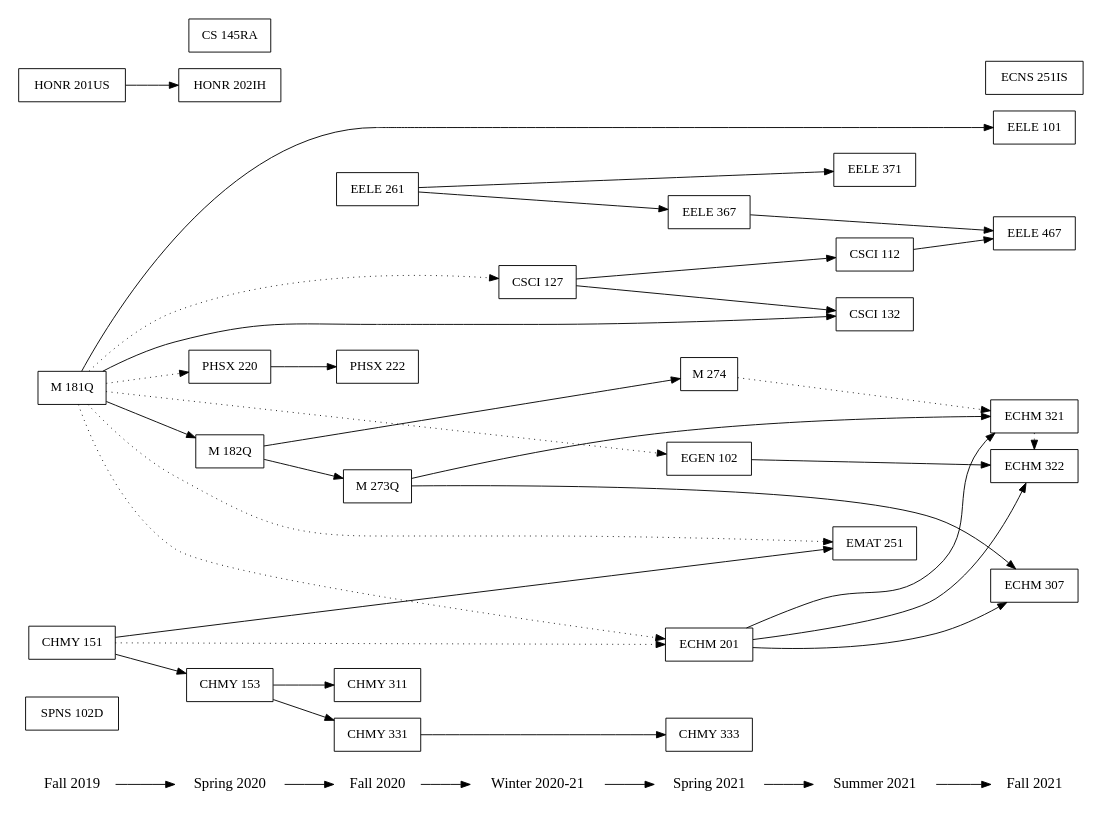
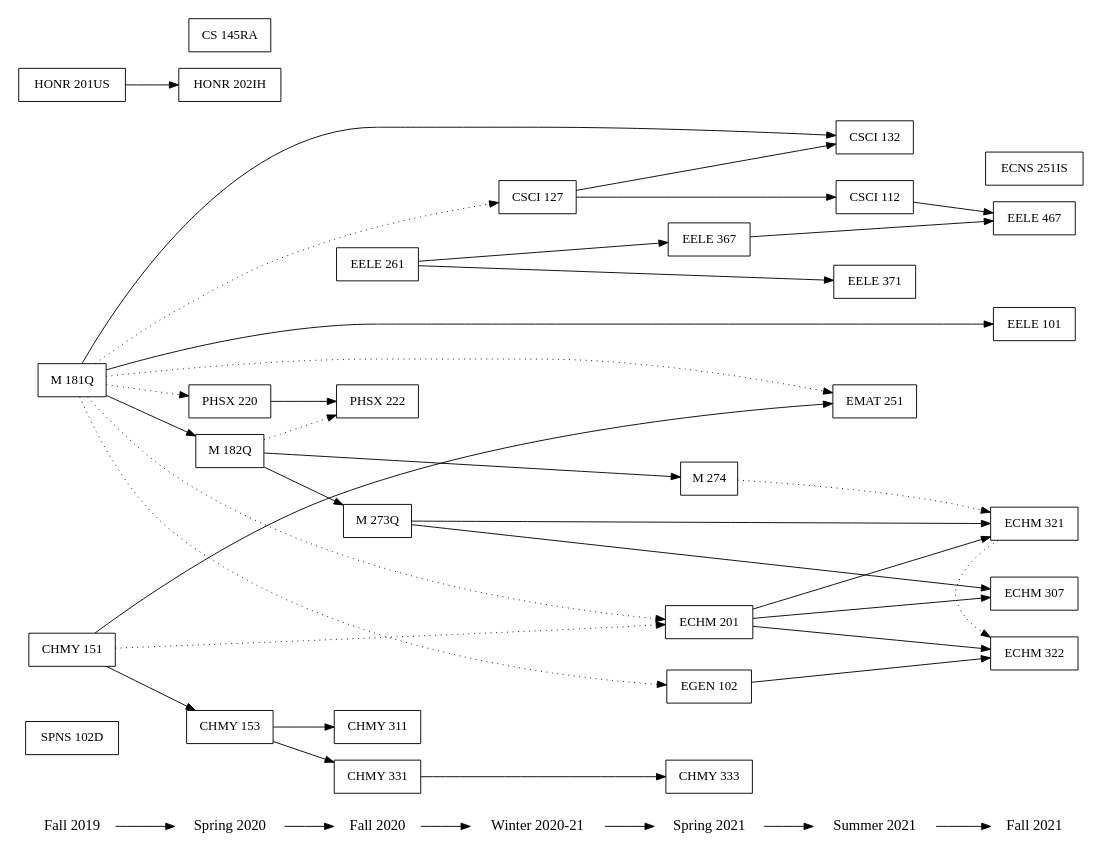
One commit to w-culhane/courses-flowchart changed the diagram in graph.gv. Above: the diagram before and after it, drawn with Graphviz.

Commit message:
Fix missing corequisite

```diff
--- a/graph.gv
+++ b/graph.gv
@@ -1,56 +1,57 @@
 digraph asde91 {
     ranksep=.75; size = "7.5,7.5"; rankdir=LR;
 
     {node [shape=plaintext, fontsize=16];
 	"Fall 2019" -> "Spring 2020" -> "Fall 2020" -> "Winter 2020-21"
 	-> "Spring 2021" -> "Summer 2021" -> "Fall 2021";
     }
 
     {node [shape=box];
 	{ rank = same; "Fall 2019"; "SPNS 102D"; "M 181Q"; "HONR 201US"; "CHMY 151"; }
 	{ rank = same; "Spring 2020"; "PHSX 220"; "M 182Q"; "HONR 202IH"; "CS 145RA"; "CHMY 153"; }
 	{ rank = same; "Fall 2020"; "PHSX 222"; "M 273Q"; "EELE 261"; "CHMY 331"; "CHMY 311"; }
 	{ rank = same; "Winter 2020-21"; "CSCI 127"; }
 	{ rank = same; "Spring 2021"; "M 274"; "EGEN 102"; "EELE 367"; "ECHM 201"; "CHMY 333"; }
 	{ rank = same; "Summer 2021"; "EMAT 251"; "EELE 371"; "CSCI 132"; "CSCI 112"; }
 	{ rank = same; "Fall 2021"; "EELE 467"; "EELE 101"; "ECNS 251IS"; "ECHM 322"; "ECHM 321"; "ECHM 307"; }
     }
 
     "CHMY 151" -> "CHMY 153";
     "HONR 201US" -> "HONR 202IH";
     "M 181Q" -> "M 182Q";
     "M 181Q" -> "PHSX 220" [style=dotted];
 
     "CHMY 153" -> "CHMY 311";
     "CHMY 153" -> "CHMY 331";
     "M 182Q" -> "M 273Q";
+    "M 182Q" -> "PHSX 222" [style=dotted];
     "PHSX 220" -> "PHSX 222";
 
     "M 181Q" -> "CSCI 127" [style=dotted];
 
     "CHMY 151" -> "ECHM 201" [style=dotted];
     "CHMY 331" -> "CHMY 333";
     "EELE 261" -> "EELE 367";
     "M 181Q" -> "ECHM 201" [style=dotted];
     "M 181Q" -> "EGEN 102" [style=dotted];
     "M 182Q" -> "M 274";
 
     "CHMY 151" -> "EMAT 251";
     "CSCI 127" -> "CSCI 112";
     "CSCI 127" -> "CSCI 132";
     "EELE 261" -> "EELE 371";
     "M 181Q" -> "CSCI 132";
     "M 181Q" -> "EMAT 251" [style=dotted];
 
     "CSCI 112" -> "EELE 467";
     "ECHM 201" -> "ECHM 307";
     "ECHM 201" -> "ECHM 321";
     "ECHM 201" -> "ECHM 322";
     "ECHM 321" -> "ECHM 322" [style=dotted];
     "EELE 367" -> "EELE 467";
     "EGEN 102" -> "ECHM 322";
     "M 181Q" -> "EELE 101";
     "M 273Q" -> "ECHM 307";
     "M 273Q" -> "ECHM 321";
     "M 274" -> "ECHM 321" [style=dotted];
 }
```
